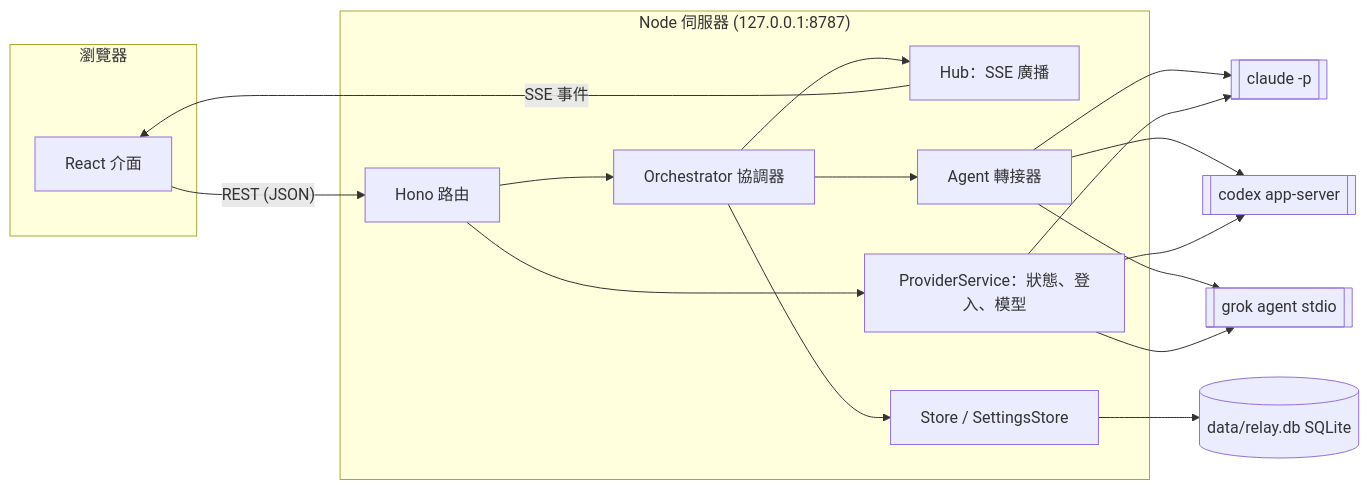
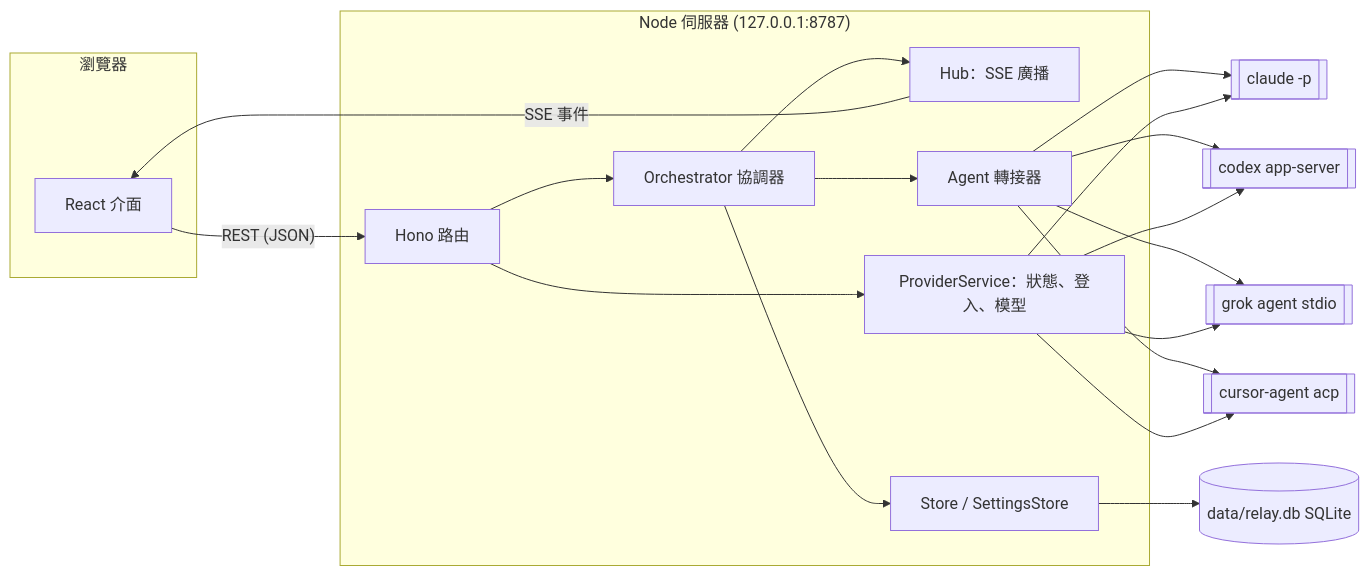
The first of 2 diagrams in docs/architecture.zh-TW.md (Agentic-System-Lab/harness-relay), drawn with Mermaid before and after one commit. The commit also changed other lines of this file and 56 other files, not shown here.

````diff
--- a/docs/architecture.zh-TW.md
+++ b/docs/architecture.zh-TW.md
@@ -12,29 +12,30 @@
 ```mermaid
 flowchart LR
   subgraph Browser["瀏覽器"]
     UI[React 介面]
   end
   subgraph Server["Node 伺服器 (127.0.0.1:8787)"]
     API[Hono 路由]
     ORCH[Orchestrator 協調器]
     HUB[Hub：SSE 廣播]
     STORE[Store / SettingsStore]
     PROV[ProviderService：狀態、登入、模型]
     RUN[Agent 轉接器]
   end
   DB[(data/relay.db SQLite)]
   CLAUDE[[claude -p]]
   CODEX[[codex app-server]]
   GROK[[grok agent stdio]]
+  CURSOR[[cursor-agent acp]]
 
   UI -- REST (JSON) --> API
   HUB -- SSE 事件 --> UI
   API --> ORCH
   API --> PROV
   ORCH --> RUN
   ORCH --> HUB
   ORCH --> STORE
   STORE --> DB
-  RUN --> CLAUDE & CODEX & GROK
-  PROV --> CLAUDE & CODEX & GROK
+  RUN --> CLAUDE & CODEX & GROK & CURSOR
+  PROV --> CLAUDE & CODEX & GROK & CURSOR
 ```
````
